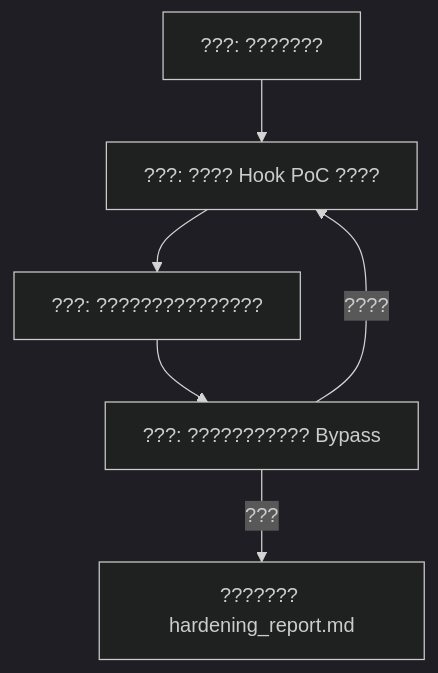
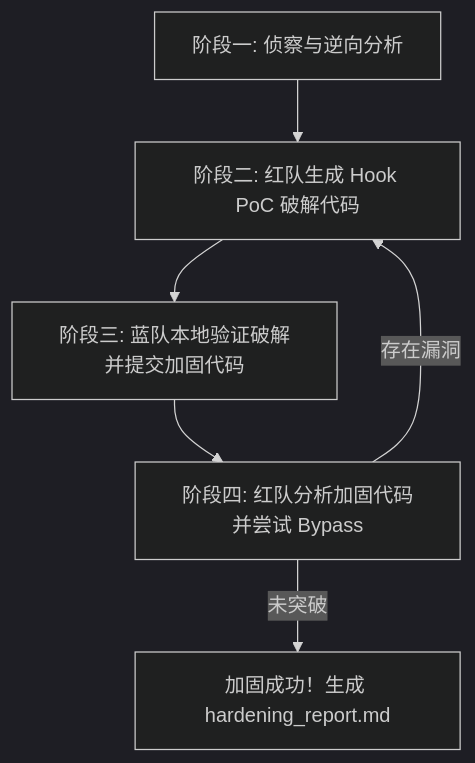
Before and after one commit to lingxiaoyiyu-hub/open-agent-marketplace: the diagram in plugins/redteam-hardening-plugin/skills/redteam-hook/redteam-hook/SKILL.md, drawn with Mermaid (dark theme). The commit also changed other lines of this file, not shown here.

Commit message:
fix: restore corrupted UTF-8 Chinese text in redteam-hook SKILL.md

````diff
--- a/plugins/redteam-hardening-plugin/skills/redteam-hook/redteam-hook/SKILL.md
+++ b/plugins/redteam-hardening-plugin/skills/redteam-hook/redteam-hook/SKILL.md
@@ -34,8 +35,8 @@
 ```mermaid
 graph TD
-    A[???: ???????] --> B[???: ???? Hook PoC ????]
-    B --> C[???: ???????????????]
-    C --> D[???: ??????????? Bypass]
-    D -->|???| E[??????? hardening_report.md]
-    D -->|????| B
+    A[阶段一: 侦察与逆向分析] --> B[阶段二: 红队生成 Hook PoC 破解代码]
+    B --> C[阶段三: 蓝队本地验证破解并提交加固代码]
+    C --> D[阶段四: 红队分析加固代码并尝试 Bypass]
+    D -->|未突破| E[加固成功！生成 hardening_report.md]
+    D -->|存在漏洞| B
 ```
````
